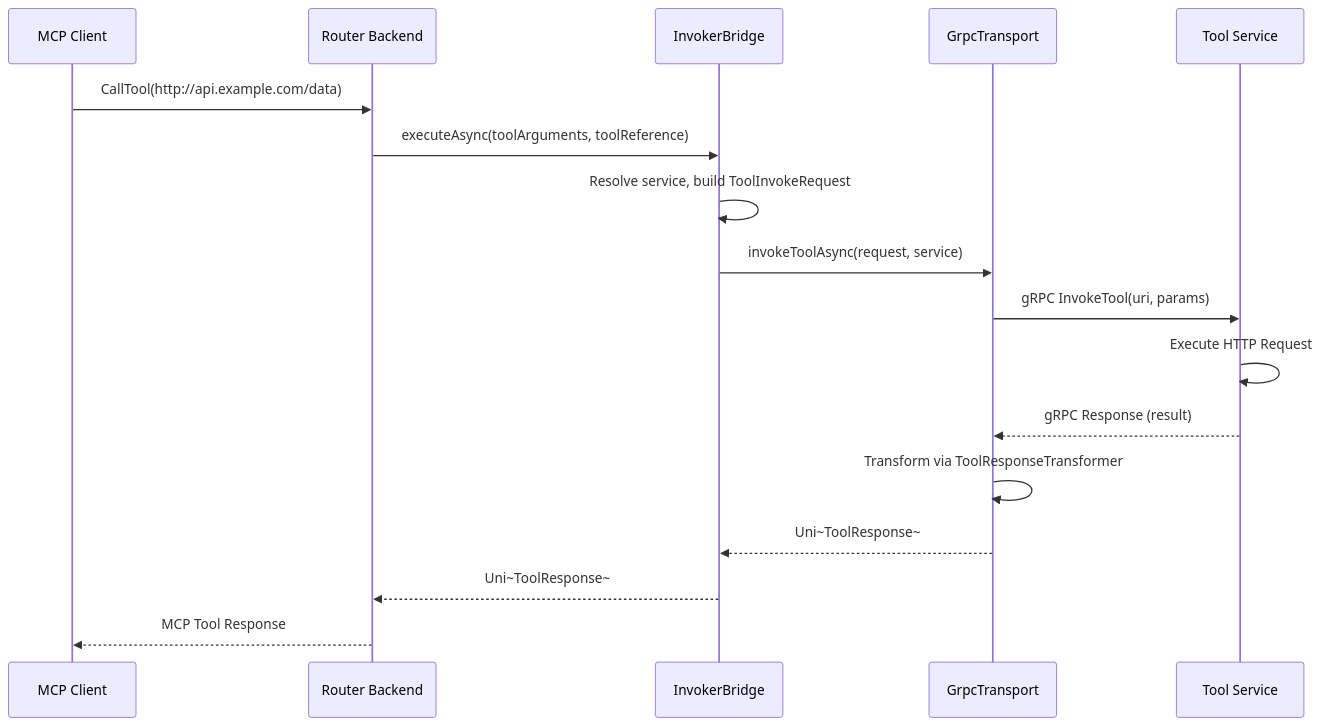
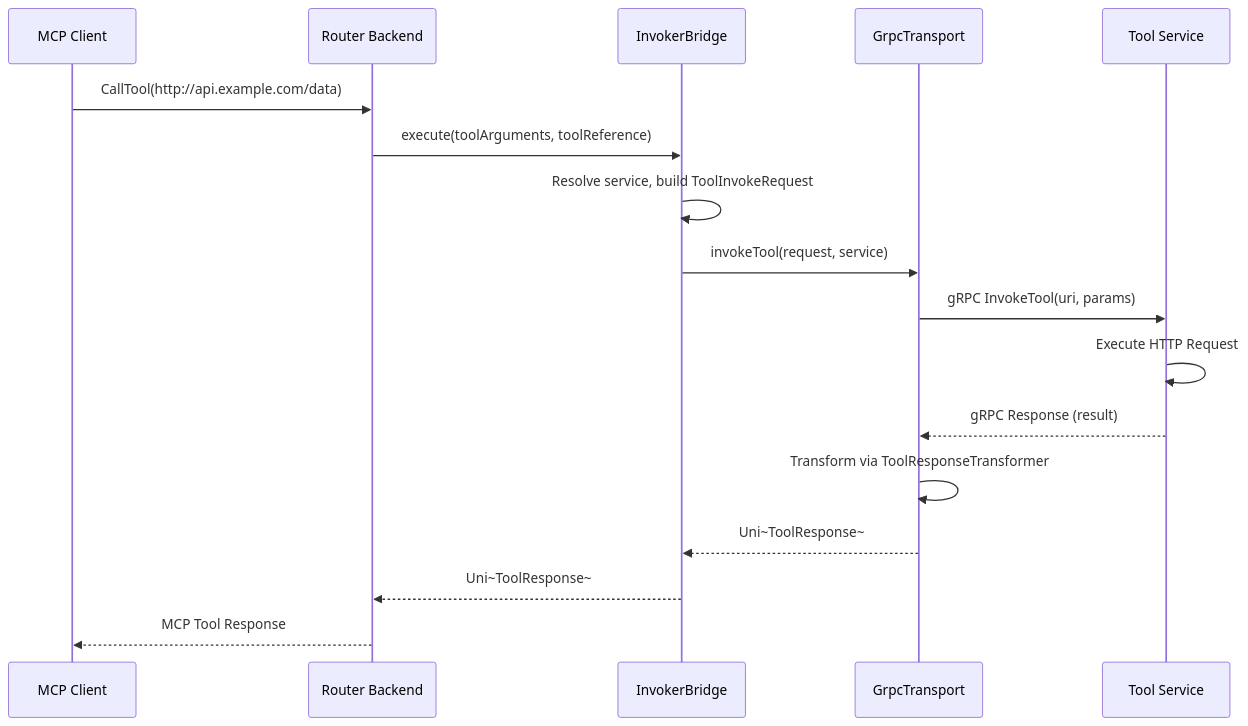
Before and after one commit to wanaku-ai/wanaku: the sixth of 6 diagrams in docs/wanaku-router-internals.md, drawn with Mermaid. The commit also changed other lines of this file and 4 other files, not shown here.

````diff
--- a/docs/wanaku-router-internals.md
+++ b/docs/wanaku-router-internals.md
@@ -290,20 +290,20 @@
 ```mermaid
 sequenceDiagram
     participant MCP as MCP Client
     participant Router as Router Backend
     participant IB as InvokerBridge
     participant Transport as GrpcTransport
     participant Tool as Tool Service
 
     MCP->>Router: CallTool(http://api.example.com/data)
-    Router->>IB: executeAsync(toolArguments, toolReference)
+    Router->>IB: execute(toolArguments, toolReference)
     IB->>IB: Resolve service, build ToolInvokeRequest
-    IB->>Transport: invokeToolAsync(request, service)
+    IB->>Transport: invokeTool(request, service)
     Transport->>Tool: gRPC InvokeTool(uri, params)
     Tool->>Tool: Execute HTTP Request
     Tool-->>Transport: gRPC Response (result)
     Transport->>Transport: Transform via ToolResponseTransformer
     Transport-->>IB: Uni~ToolResponse~
     IB-->>Router: Uni~ToolResponse~
     Router-->>MCP: MCP Tool Response
 ```
````
